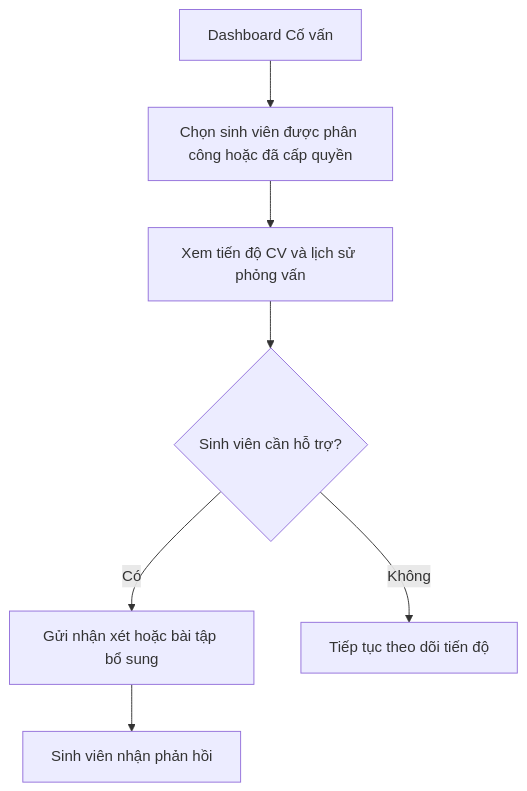
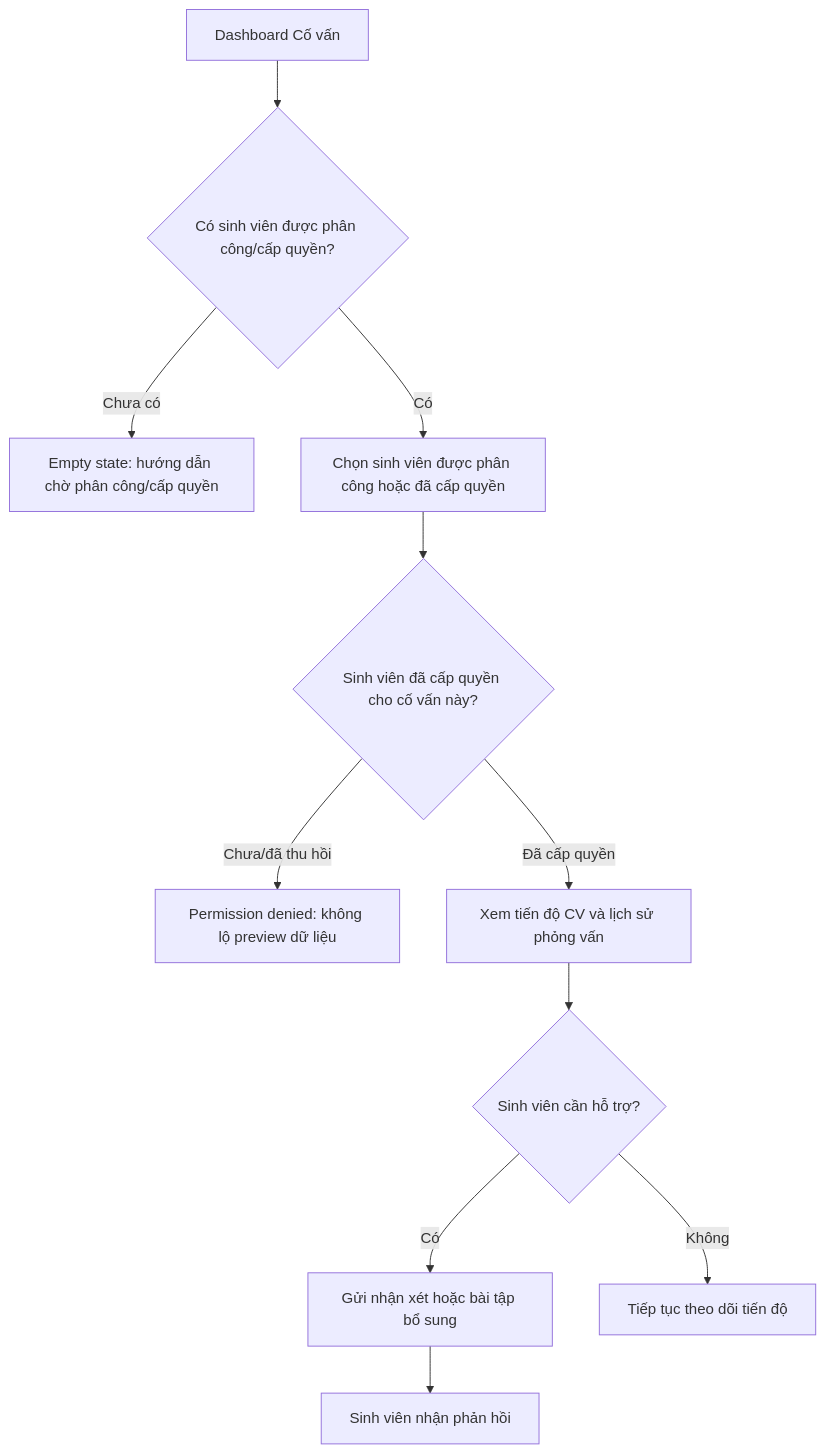
One commit to truonghuu344/P041-Version-2.0 changed the fourth of 5 diagrams in docs/gate 1/PRD.md. Above: the diagram before and after it, drawn with Mermaid. The commit also changed other lines of this file, not shown here.

````diff
--- a/docs/gate 1/PRD.md
+++ b/docs/gate 1/PRD.md
@@ -185,9 +195,13 @@
 ```mermaid
 flowchart TD
-    A[Dashboard Cố vấn] --> B[Chọn sinh viên được phân công hoặc đã cấp quyền]
-    B --> C[Xem tiến độ CV và lịch sử phỏng vấn]
+    A[Dashboard Cố vấn] --> HasStudents{Có sinh viên được phân công/cấp quyền?}
+    HasStudents -->|Chưa có| Empty[Empty state: hướng dẫn chờ phân công/cấp quyền]
+    HasStudents -->|Có| B[Chọn sinh viên được phân công hoặc đã cấp quyền]
+    B --> PermCheck{Sinh viên đã cấp quyền cho cố vấn này?}
+    PermCheck -->|Chưa/đã thu hồi| Denied[Permission denied: không lộ preview dữ liệu]
+    PermCheck -->|Đã cấp quyền| C[Xem tiến độ CV và lịch sử phỏng vấn]
     C --> D{Sinh viên cần hỗ trợ?}
     D -->|Có| E[Gửi nhận xét hoặc bài tập bổ sung]
     E --> F[Sinh viên nhận phản hồi]
     D -->|Không| G[Tiếp tục theo dõi tiến độ]
 ```
````
